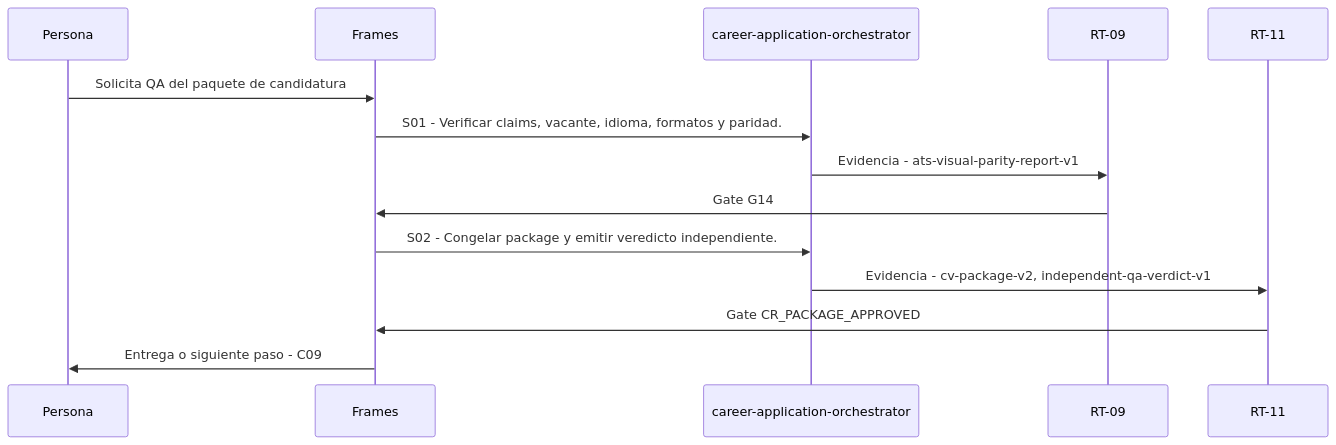
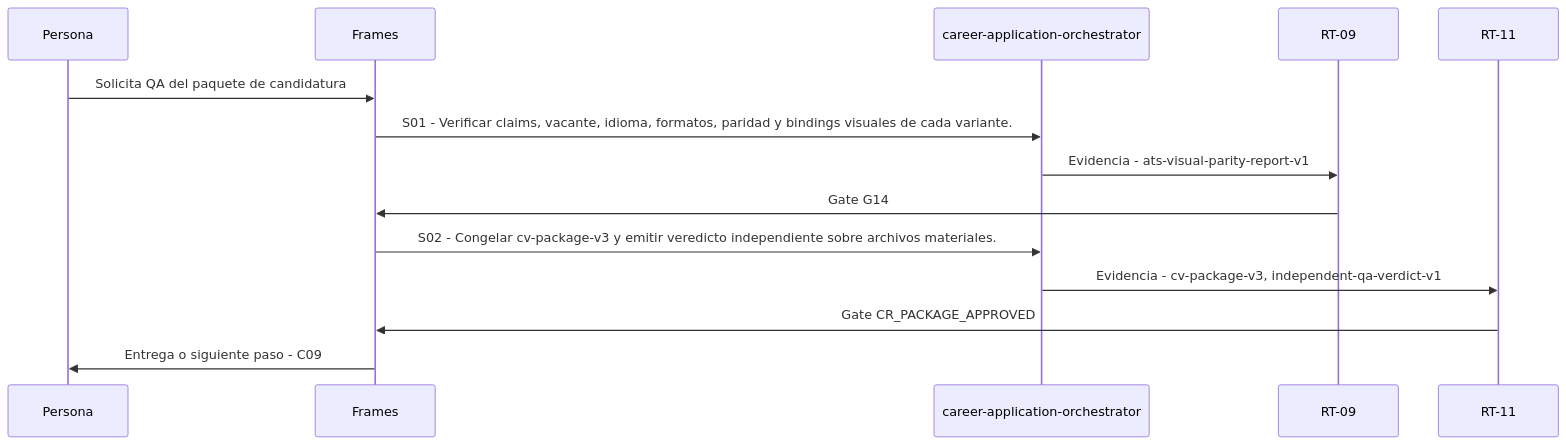
One commit to Francixco90/metodologia-frames-agent-os changed the diagram in 01_intencion/reference/workflows/c08.md. Above: the diagram before and after it, drawn with Mermaid. The commit also changed other lines of this file and 13 other files, not shown here.

````diff
--- a/01_intencion/reference/workflows/c08.md
+++ b/01_intencion/reference/workflows/c08.md
@@ -42,16 +42,16 @@
 ```mermaid
 sequenceDiagram
   participant a0_Persona as Persona
   participant a1_Frames as Frames
   participant a2_career_application_orchestrator as career-application-orchestrator
   participant a3_RT_09 as RT-09
   participant a4_RT_11 as RT-11
   a0_Persona->>a1_Frames: Solicita QA del paquete de candidatura
-  a1_Frames->>a2_career_application_orchestrator: S01 - Verificar claims, vacante, idioma, formatos y paridad.
+  a1_Frames->>a2_career_application_orchestrator: S01 - Verificar claims, vacante, idioma, formatos, paridad y bindings visuales de cada variante.
   a2_career_application_orchestrator->>a3_RT_09: Evidencia - ats-visual-parity-report-v1
   a3_RT_09->>a1_Frames: Gate G14
-  a1_Frames->>a2_career_application_orchestrator: S02 - Congelar package y emitir veredicto independiente.
-  a2_career_application_orchestrator->>a4_RT_11: Evidencia - cv-package-v2, independent-qa-verdict-v1
+  a1_Frames->>a2_career_application_orchestrator: S02 - Congelar cv-package-v3 y emitir veredicto independiente sobre archivos materiales.
+  a2_career_application_orchestrator->>a4_RT_11: Evidencia - cv-package-v3, independent-qa-verdict-v1
   a4_RT_11->>a1_Frames: Gate CR_PACKAGE_APPROVED
   a1_Frames->>a0_Persona: Entrega o siguiente paso - C09
 ```
````
